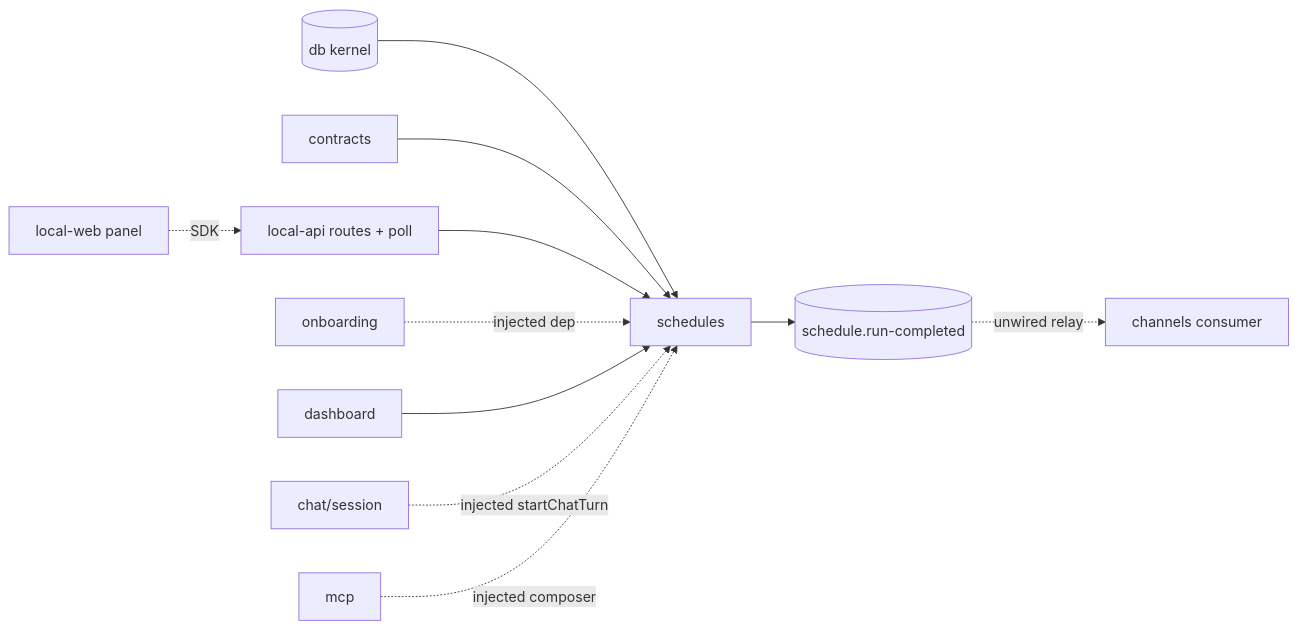
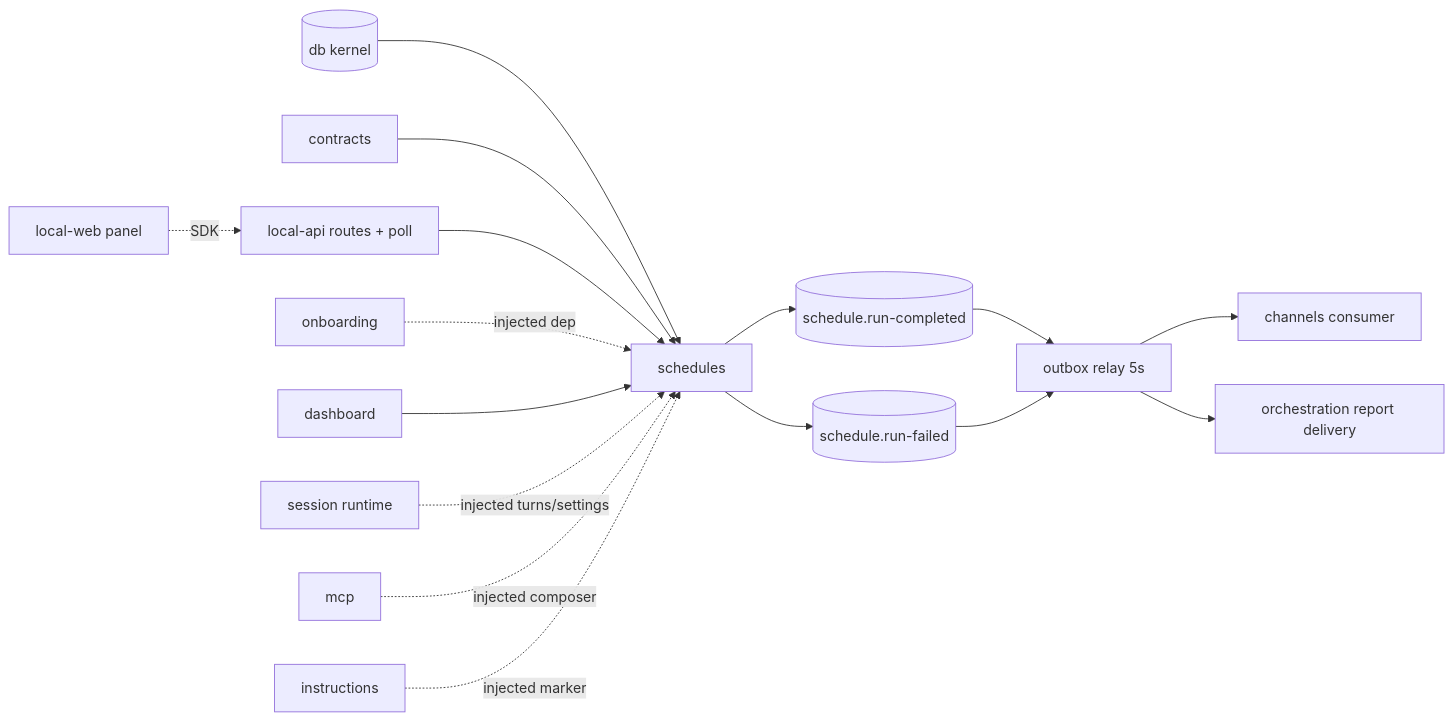
One commit to chadnicely/Vynel-Demo changed the second of 2 diagrams in .claude/docs/schedules/structure.md. Above: the diagram before and after it, drawn with Mermaid. The commit also changed other lines of this file and 2 other files, not shown here.

Commit message:
docs(schedules): refresh the as-built book; fix the stale fresh-session comment

````diff
--- a/.claude/docs/schedules/structure.md
+++ b/.claude/docs/schedules/structure.md
@@ -223,13 +269,18 @@
 ```mermaid
 flowchart LR
     db[(db kernel)] --> S[schedules]
     ct[contracts] --> S
-    S --> obx[(schedule.run-completed)]
     api[local-api routes + poll] --> S
     onb[onboarding] -. injected dep .-> S
     dash[dashboard] --> S
-    chat[chat/session] -. injected startChatTurn .-> S
+    sess[session runtime] -. injected turns/settings .-> S
     mcp[mcp] -. injected composer .-> S
-    obx -. unwired relay .-> chn[channels consumer]
+    ins[instructions] -. injected marker .-> S
+    S --> ok[(schedule.run-completed)]
+    S --> bad[(schedule.run-failed)]
+    ok --> relay[outbox relay 5s]
+    bad --> relay
+    relay --> chn[channels consumer]
+    relay --> orch[orchestration report delivery]
     web[local-web panel] -. SDK .-> api
 ```
````
